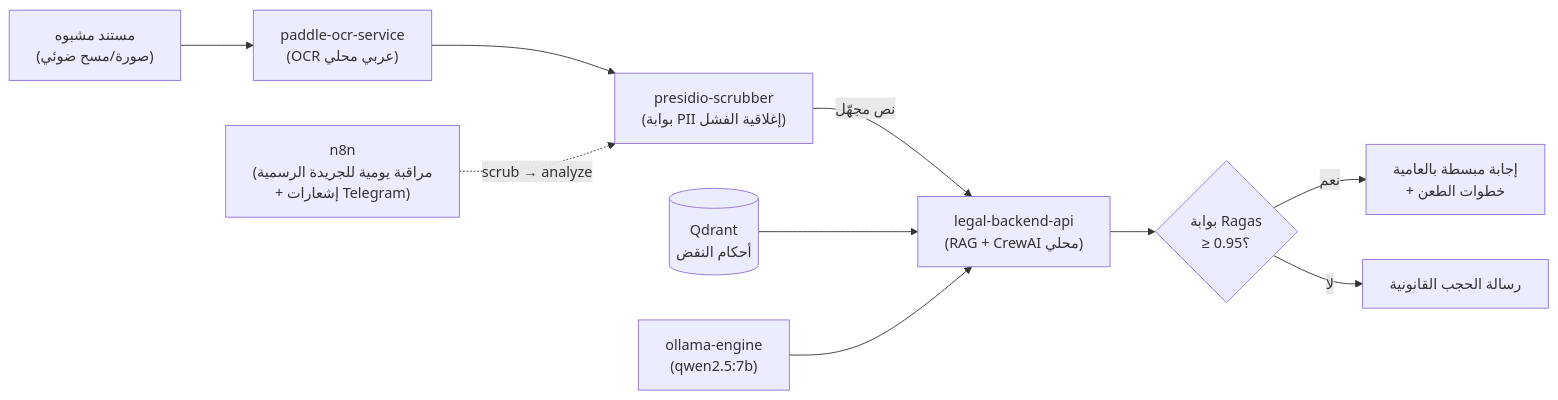
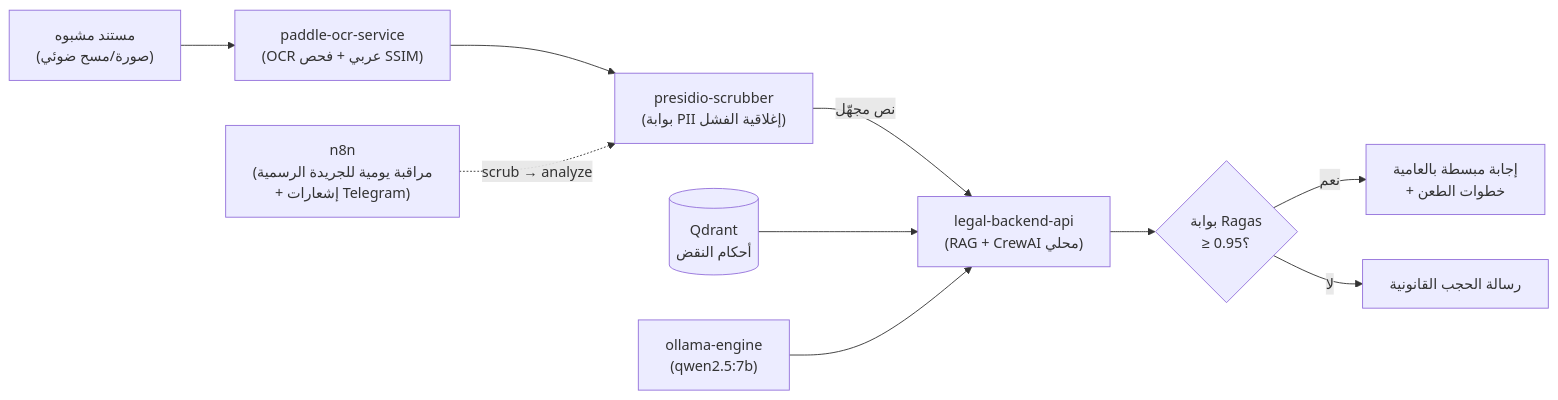
The diagram in README.md (AlySelim2001/legal-clay-app), drawn with Mermaid before and after one commit. The commit also changed other lines of this file, not shown here.

Commit message:
Freebuff: GITHUB README.MD UPDATED ROADMAP SECTION

````diff
--- a/README.md
+++ b/README.md
@@ -126,12 +127,12 @@
 ```mermaid
 flowchart LR
-    DOC["مستند مشبوه<br/>(صورة/مسح ضوئي)"] --> OCR["paddle-ocr-service<br/>(OCR عربي محلي)"]
+    DOC["مستند مشبوه<br/>(صورة/مسح ضوئي)"] --> OCR["paddle-ocr-service<br/>(OCR عربي + فحص SSIM)"]
     OCR --> PII["presidio-scrubber<br/>(بوابة PII إغلاقية الفشل)"]
     PII -->|نص مجهّل| RAG["legal-backend-api<br/>(RAG + CrewAI محلي)"]
     QDR[("Qdrant<br/>أحكام النقض")] --> RAG
     LLM["ollama-engine<br/>(qwen2.5:7b)"] --> RAG
     RAG --> GATE{"بوابة Ragas<br/>≥ 0.95؟"}
     GATE -->|نعم| OUT["إجابة مبسطة بالعامية<br/>+ خطوات الطعن"]
     GATE -->|لا| BLOCK["رسالة الحجب القانونية"]
     N8N["n8n<br/>(مراقبة يومية للجريدة الرسمية<br/>+ إشعارات Telegram)"] -.->|scrub → analyze| PII
 ```
````
